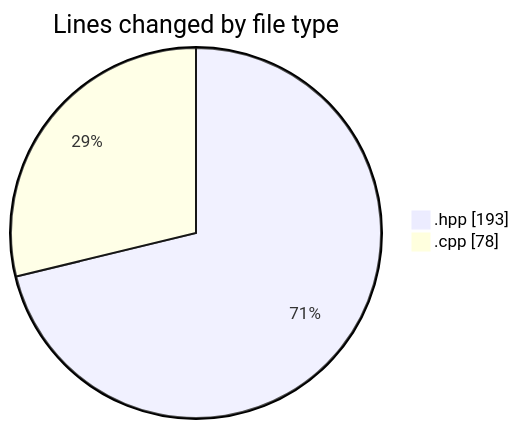
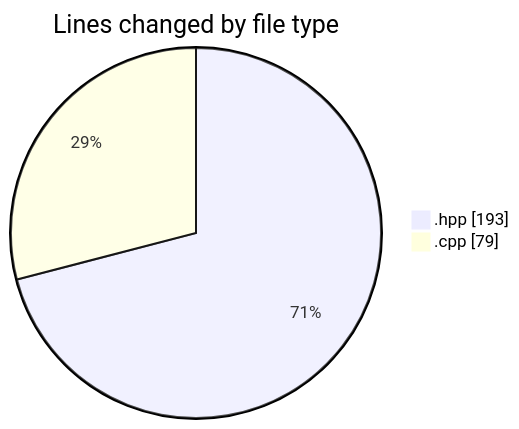
The first of 2 diagrams in 2025-05-03/date/README.md (Netris89/code-tracking), drawn with Mermaid before and after one commit. The commit also changed other lines of this file and 1 other file, not shown here.

````diff
--- a/2025-05-03/date/README.md
+++ b/2025-05-03/date/README.md
@@ -28,6 +28,6 @@
 ```mermaid
 pie showData
 title Lines changed by file type
 ".hpp" : 193
-".cpp" : 78
+".cpp" : 79
 ```
````
